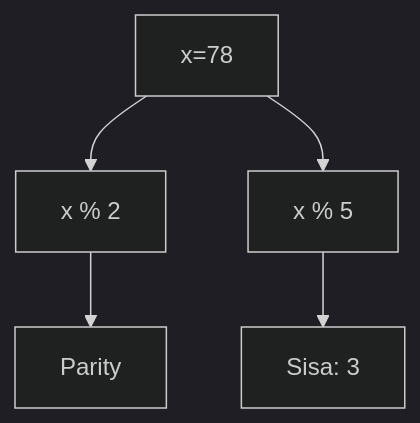
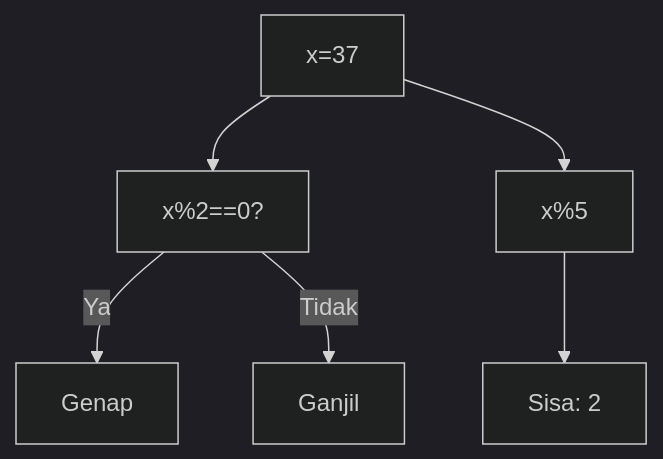
Before and after one commit to amnahwaida/OSNK_INF_PREP: diagram 12 of 25 in part-c-pemahaman-cpp/06-bitwise/latihan/set-10.md, drawn with Mermaid (dark theme). The commit also changed other lines of this file and 71 other files, not shown here.

Commit message:
Fixed Mermaid syntax lexical errors with quoted labels in 1,800 questions

````diff
--- a/part-c-pemahaman-cpp/06-bitwise/latihan/set-10.md
+++ b/part-c-pemahaman-cpp/06-bitwise/latihan/set-10.md
@@ -472,7 +382,8 @@
 ```mermaid
 graph TD
-A[x=78] --> B[x % 2]
-B --> C[Parity]
-A --> D[x % 5]
-D --> E[Sisa: 3]
+A["x=37"] --> B["x%2==0?"]
+B -- Ya --> C["Genap"]
+B -- Tidak --> D["Ganjil"]
+A --> E["x%5"]
+E --> F["Sisa: 2"]
 ```
````
